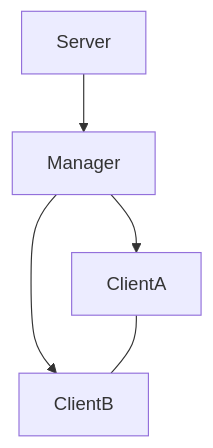
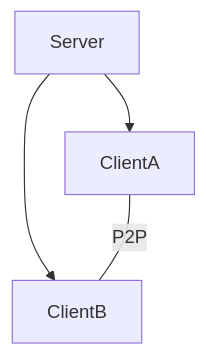
The diagram in README.md (luciamarst/Hybrid-CS-P2P-Server), drawn with Mermaid before and after one commit.

Commit message:
Revise architecture diagram in README
Updated architecture diagram to reflect new client connections

````diff
--- a/README.md
+++ b/README.md
@@ -28,7 +28,6 @@
 ```mermaid
 graph TD
-    Server --> Manager
-    Manager --> ClientA
-    Manager --> ClientB
-    ClientA --- ClientB
+    Server --> ClientA
+    Server --> ClientB
+    ClientA ---|P2P| ClientB
 ```
````
